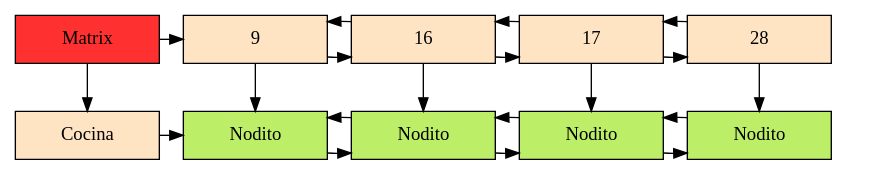
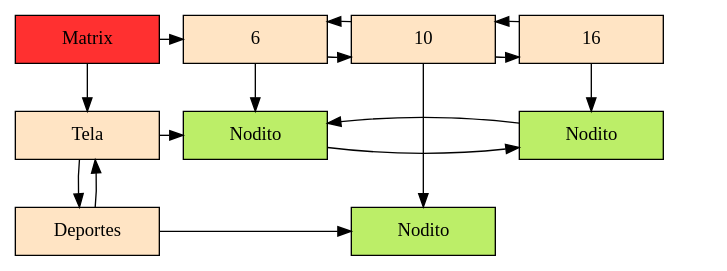
One commit to JAlvarez9/EDD_VirtualMall_201900528 changed the diagram in EDD_VirtualMall/Backend/Dots/matriz.dot. Above: the diagram before and after it, drawn with Graphviz. The commit also changed 30 other files, not shown here.

```diff
--- a/EDD_VirtualMall/Backend/Dots/matriz.dot
+++ b/EDD_VirtualMall/Backend/Dots/matriz.dot
@@ -1,36 +1,32 @@
 digraph G{ 
 node [shape=box] 
  Mt[ label = "Matrix", width = 1.5, style = filled, fillcolor = firebrick1, group = 1 ]; 
 e0[ shape = point, width = 0 ]; 
 e1[ shape = point, width = 0 ]; 
-node0xc0003c6000 [label = "Cocina"    width = 1.5 style = filled, fillcolor = bisque1, group = 1 ]; 
-node0xc00020d6d0 [label = "9"    width = 1.5 style = filled, fillcolor = bisque1, group = 2 ]; 
-node0xc00020d6d0 -> node0xc00020d5e0; 
-node0xc00020d5e0 -> node0xc00020d6d0; 
-node0xc00020d5e0 [label = "16"    width = 1.5 style = filled, fillcolor = bisque1, group = 3 ]; 
-node0xc00020d5e0 -> node0xc00020d7c0; 
-node0xc00020d7c0 -> node0xc00020d5e0; 
-node0xc00020d7c0 [label = "17"    width = 1.5 style = filled, fillcolor = bisque1, group = 4 ]; 
-node0xc00020d7c0 -> node0xc00020d630; 
-node0xc00020d630 -> node0xc00020d7c0; 
-node0xc00020d630 [label = "28"    width = 1.5 style = filled, fillcolor = bisque1, group = 5 ]; 
-Mt -> node0xc0003c6000 
-Mt -> node0xc00020d6d0 
-{ rank = same; Mt;  node0xc00020d6d0;node0xc00020d5e0;node0xc00020d7c0;node0xc00020d630;} 
-node0xc00020d6d0 -> node0xc00009b5f0; 
-node0xc00009b5f0 [label = "Nodito" style = filled, fillcolor = darkolivegreen2	 width = 1.5, group = 2 ]; 
-node0xc00020d5e0 -> node0xc00009b380; 
-node0xc00009b380 [label = "Nodito" style = filled, fillcolor = darkolivegreen2	 width = 1.5, group = 3 ]; 
-node0xc00020d7c0 -> node0xc00009b860; 
-node0xc00009b860 [label = "Nodito" style = filled, fillcolor = darkolivegreen2	 width = 1.5, group = 4 ]; 
-node0xc00020d630 -> node0xc00009b450; 
-node0xc00009b450 [label = "Nodito" style = filled, fillcolor = darkolivegreen2	 width = 1.5, group = 5 ]; 
-node0xc0003c6000 -> node0xc00009b5f0; 
-node0xc00009b5f0 -> node0xc00009b380; 
-node0xc00009b380 -> node0xc00009b5f0; 
-node0xc00009b380 -> node0xc00009b860; 
-node0xc00009b860 -> node0xc00009b380; 
-node0xc00009b860 -> node0xc00009b450; 
-node0xc00009b450 -> node0xc00009b860; 
-{ rank = same; node0xc0003c6000; node0xc00009b5f0;node0xc00009b380;node0xc00009b860;node0xc00009b450;} 
+node0xc000372720 [label = "Tela"    width = 1.5 style = filled, fillcolor = bisque1, group = 1 ]; 
+node0xc000372720 -> node0xc000372480; 
+node0xc000372480 -> node0xc000372720; 
+node0xc000372480 [label = "Deportes"    width = 1.5 style = filled, fillcolor = bisque1, group = 1 ]; 
+node0xc0000529b0 [label = "6"    width = 1.5 style = filled, fillcolor = bisque1, group = 2 ]; 
+node0xc0000529b0 -> node0xc0000525f0; 
+node0xc0000525f0 -> node0xc0000529b0; 
+node0xc0000525f0 [label = "10"    width = 1.5 style = filled, fillcolor = bisque1, group = 3 ]; 
+node0xc0000525f0 -> node0xc000052aa0; 
+node0xc000052aa0 -> node0xc0000525f0; 
+node0xc000052aa0 [label = "16"    width = 1.5 style = filled, fillcolor = bisque1, group = 4 ]; 
+Mt -> node0xc000372720 
+Mt -> node0xc0000529b0 
+{ rank = same; Mt;  node0xc0000529b0;node0xc0000525f0;node0xc000052aa0;} 
+node0xc0000529b0 -> node0xc0000ffad0; 
+node0xc0000ffad0 [label = "Nodito" style = filled, fillcolor = darkolivegreen2	 width = 1.5, group = 2 ]; 
+node0xc0000525f0 -> node0xc0000ff110; 
+node0xc0000ff110 [label = "Nodito" style = filled, fillcolor = darkolivegreen2	 width = 1.5, group = 3 ]; 
+node0xc000052aa0 -> node0xc0000ffd40; 
+node0xc0000ffd40 [label = "Nodito" style = filled, fillcolor = darkolivegreen2	 width = 1.5, group = 4 ]; 
+node0xc000372720 -> node0xc0000ffad0; 
+node0xc0000ffad0 -> node0xc0000ffd40; 
+node0xc0000ffd40 -> node0xc0000ffad0; 
+node0xc000372480 -> node0xc0000ff110; 
+{ rank = same; node0xc000372720; node0xc0000ffad0;node0xc0000ffd40;} 
+{ rank = same; node0xc000372480; node0xc0000ff110;} 
 } 
```
